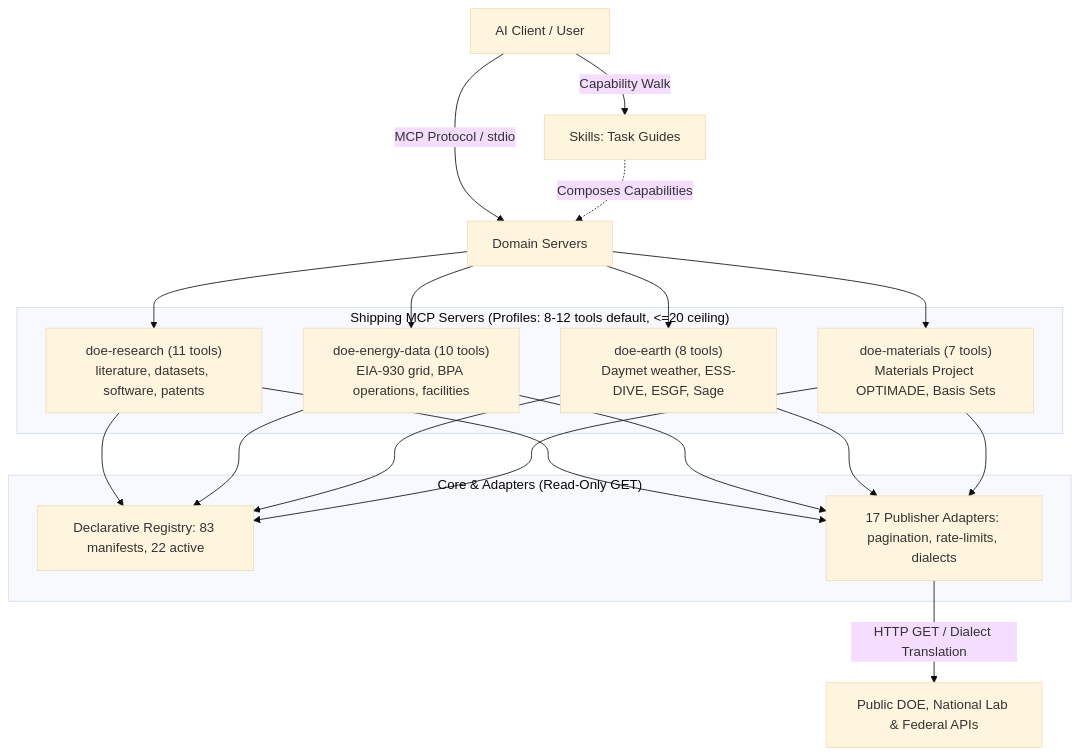
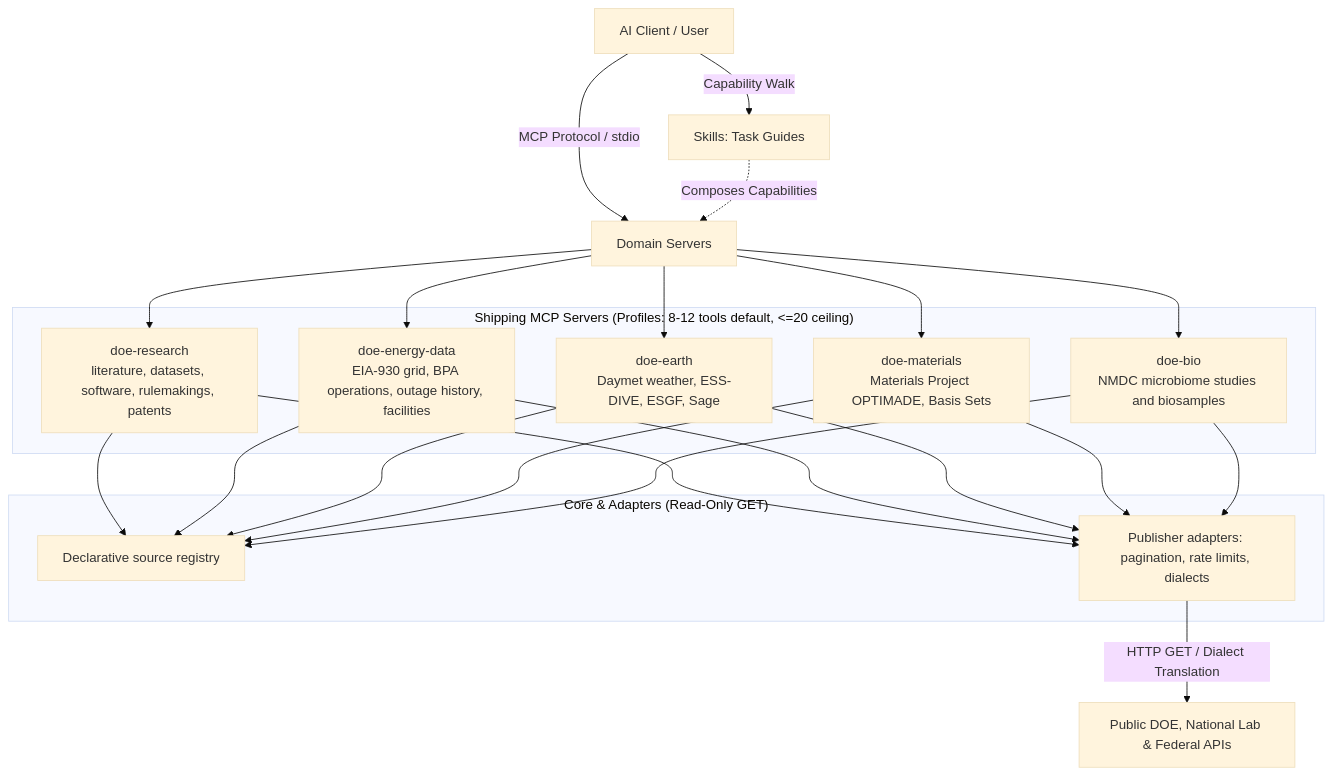
One commit to pranava0x0/DOE-MCP changed the diagram in README.md. Above: the diagram before and after it, drawn with Mermaid (base theme). The commit also changed other lines of this file and 16 other files, not shown here.

First line of the commit message:
docs: five servers, new examples, and a landing page built from the data

````diff
--- a/README.md
+++ b/README.md
@@ -135,35 +140,30 @@
 ```mermaid
 graph TD
     User[AI Client / User] -->|Capability Walk| Skills[Skills: Task Guides]
     User -->|MCP Protocol / stdio| Servers[Domain Servers]
     Skills -.->|Composes Capabilities| Servers
 
     subgraph "Shipping MCP Servers (Profiles: 8-12 tools default, <=20 ceiling)"
-        S1["doe-research (11 tools)<br/>literature, datasets, software, patents"]
-        S2["doe-energy-data (10 tools)<br/>EIA-930 grid, BPA operations, facilities"]
-        S3["doe-earth (8 tools)<br/>Daymet weather, ESS-DIVE, ESGF, Sage"]
-        S4["doe-materials (7 tools)<br/>Materials Project OPTIMADE, Basis Sets"]
+        S1["doe-research<br/>literature, datasets, software, rulemakings, patents"]
+        S2["doe-energy-data<br/>EIA-930 grid, BPA operations, outage history, facilities"]
+        S3["doe-earth<br/>Daymet weather, ESS-DIVE, ESGF, Sage"]
+        S4["doe-materials<br/>Materials Project OPTIMADE, Basis Sets"]
+        S5["doe-bio<br/>NMDC microbiome studies and biosamples"]
     end
 
     Servers --> S1
     Servers --> S2
     Servers --> S3
     Servers --> S4
+    Servers --> S5
 
     subgraph "Core & Adapters (Read-Only GET)"
-        Registry[Declarative Registry: 83 manifests, 22 active]
-        Adapters[17 Publisher Adapters: pagination, rate-limits, dialects]
+        Registry[Declarative source registry]
+        Adapters[Publisher adapters: pagination, rate limits, dialects]
     end
 
-    S1 --> Registry
-    S2 --> Registry
-    S3 --> Registry
-    S4 --> Registry
-
-    S1 --> Adapters
-    S2 --> Adapters
-    S3 --> Adapters
-    S4 --> Adapters
+    S1 & S2 & S3 & S4 & S5 --> Registry
+    S1 & S2 & S3 & S4 & S5 --> Adapters
 
     Adapters -->|HTTP GET / Dialect Translation| Upstream[Public DOE, National Lab & Federal APIs]
 ```
````
